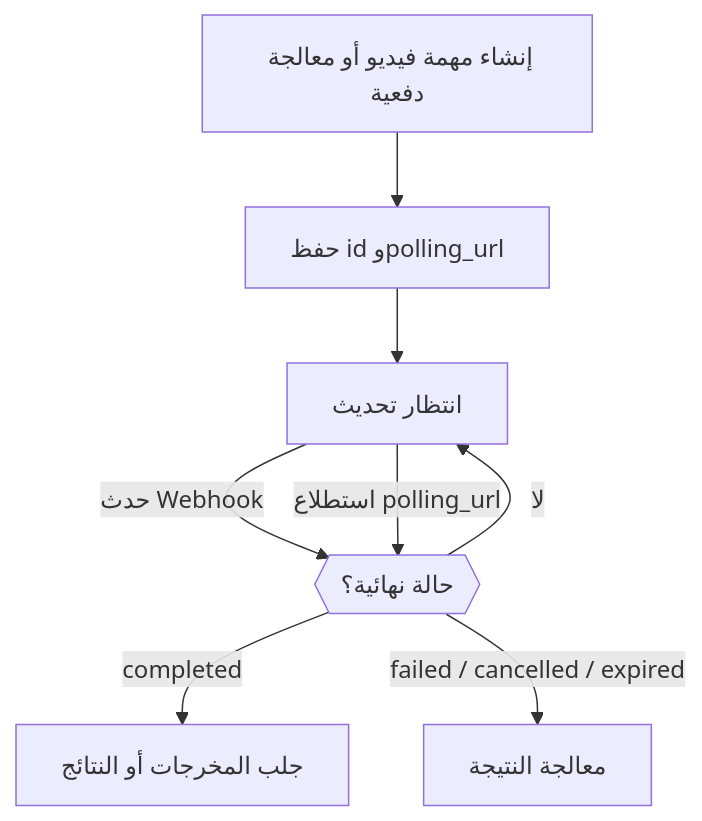
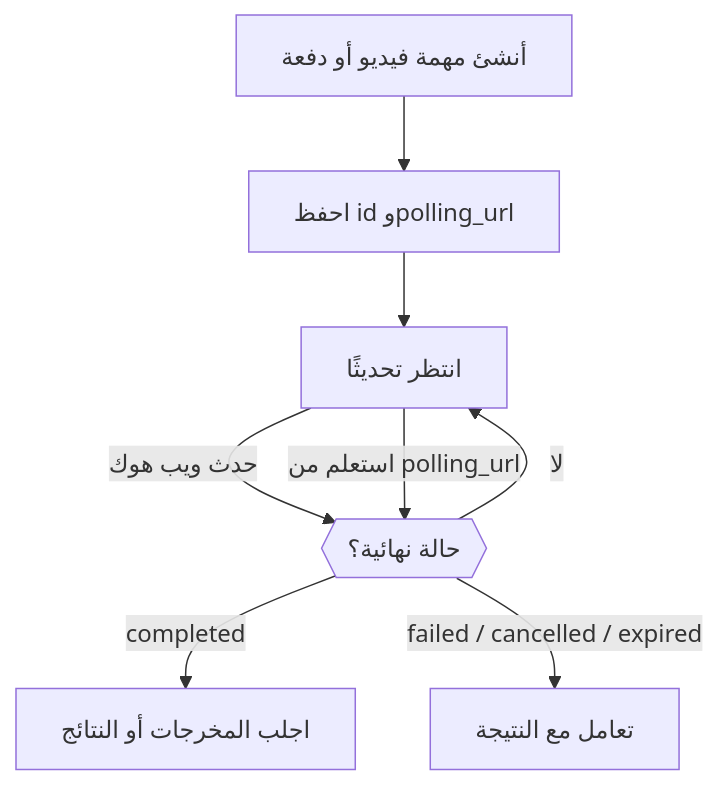
Before and after one commit to phaseoteam/Phaseo: the diagram in apps/docs/ar/v1/guides/async-video-and-batch.mdx, drawn with Mermaid. The commit also changed other lines of this file and 3793 other files, not shown here.

````diff
--- a/apps/docs/ar/v1/guides/async-video-and-batch.mdx
+++ b/apps/docs/ar/v1/guides/async-video-and-batch.mdx
@@ -39,10 +14,10 @@
 ```mermaid
 flowchart TD
-  newJob["إنشاء مهمة فيديو أو معالجة دفعية"] --> store["حفظ id وpolling_url"]
-  store --> waiting["انتظار تحديث"]
-  waiting -->|"حدث Webhook"| terminal{{"حالة نهائية؟"}}
-  waiting -->|"استطلاع polling_url"| terminal
+  newJob["أنشئ مهمة فيديو أو دفعة"] --> store["احفظ id وpolling_url"]
+  store --> waiting["انتظر تحديثًا"]
+  waiting -->|"حدث ويب هوك"| terminal{{"حالة نهائية؟"}}
+  waiting -->|"استعلم من polling_url"| terminal
   terminal -->|"لا"| waiting
-  terminal -->|"completed"| fetchOut["جلب المخرجات أو النتائج"]
-  terminal -->|"failed / cancelled / expired"| outcome["معالجة النتيجة"]
+  terminal -->|"completed"| fetchOut["اجلب المخرجات أو النتائج"]
+  terminal -->|"failed / cancelled / expired"| outcome["تعامل مع النتيجة"]
 ```
````
